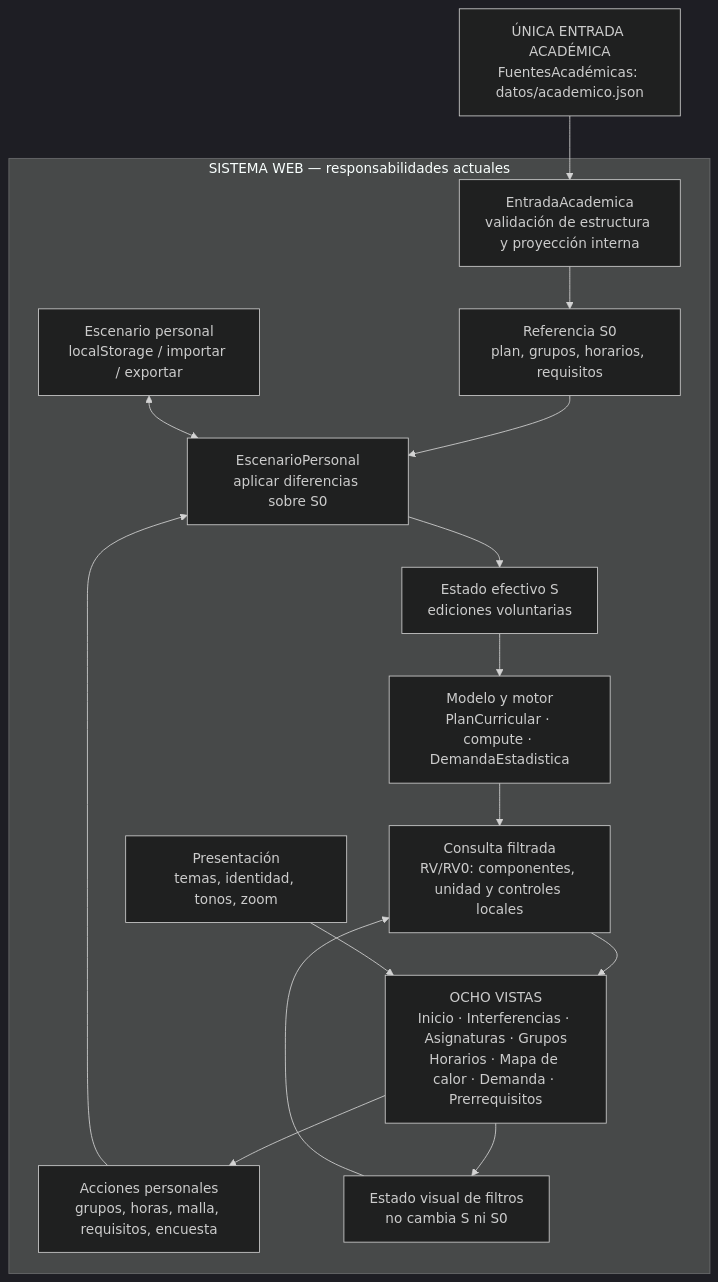
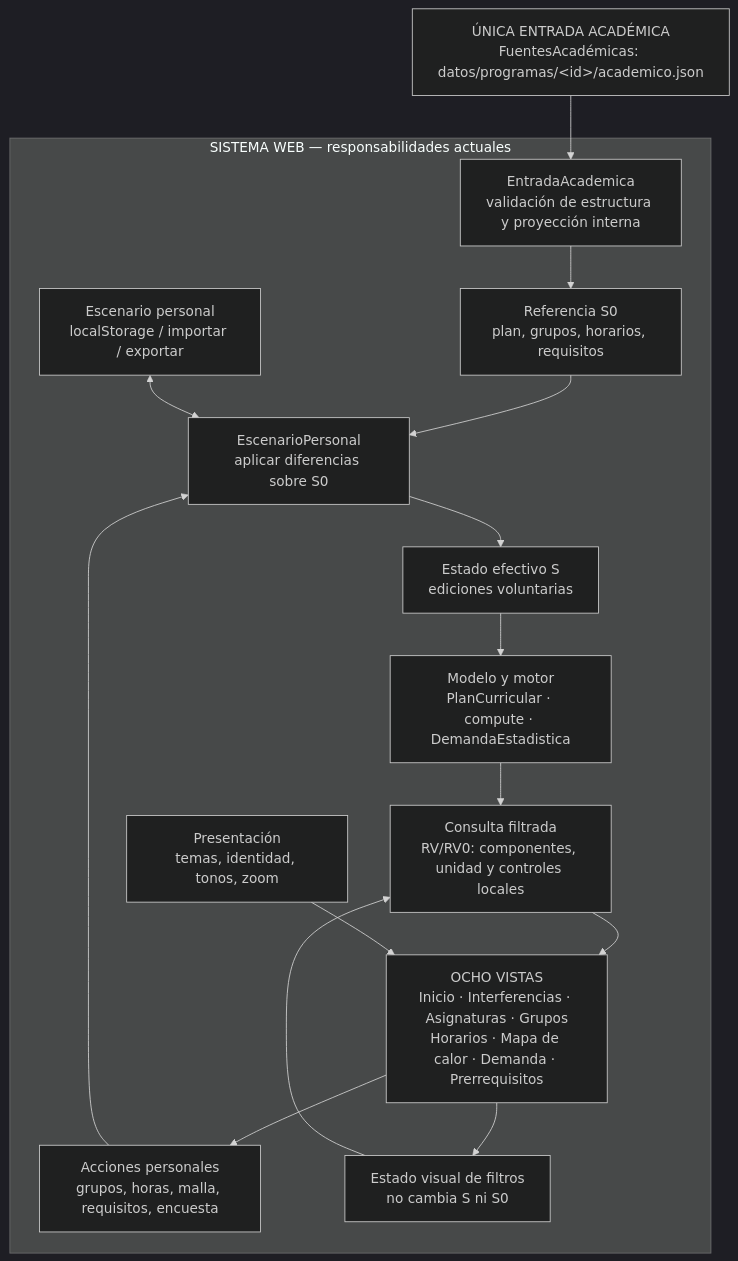
Before and after one commit to jncubillosn-lab/Mecatronica: the diagram in docs/ARQUITECTURA.md, drawn with Mermaid (dark theme). The commit also changed other lines of this file and 34 other files, not shown here.

````diff
--- a/docs/ARQUITECTURA.md
+++ b/docs/ARQUITECTURA.md
@@ -36,23 +36,23 @@
 ```mermaid
 flowchart TB
-    EN["ÚNICA ENTRADA ACADÉMICA<br/>FuentesAcadémicas: datos/academico.json"]
+    EN["ÚNICA ENTRADA ACADÉMICA<br/>FuentesAcadémicas: datos/programas/&lt;id&gt;/academico.json"]
     subgraph WEB["SISTEMA WEB — responsabilidades actuales"]
         L["EntradaAcademica<br/>validación de estructura y proyección interna"]
         BASE["Referencia S0<br/>plan, grupos, horarios, requisitos"]
         EP["EscenarioPersonal<br/>aplicar diferencias sobre S0"]
         EFE["Estado efectivo S<br/>ediciones voluntarias"]
         MOTOR["Modelo y motor<br/>PlanCurricular · compute · DemandaEstadistica"]
         CONSULTA["Consulta filtrada<br/>RV/RV0: componentes, unidad y controles locales"]
         UI["OCHO VISTAS<br/>Inicio · Interferencias · Asignaturas · Grupos<br/>Horarios · Mapa de calor · Demanda · Prerrequisitos"]
         PERS["Escenario personal<br/>localStorage / importar / exportar"]
         EDI["Acciones personales<br/>grupos, horas, malla, requisitos, encuesta"]
         FIL["Estado visual de filtros<br/>no cambia S ni S0"]
         VIS["Presentación<br/>temas, identidad, tonos, zoom"]
         L --> BASE --> EP --> EFE --> MOTOR --> CONSULTA --> UI
         PERS <--> EP
         UI --> EDI --> EP
         UI --> FIL --> CONSULTA
         VIS --> UI
     end
     EN --> L
 ```
````
